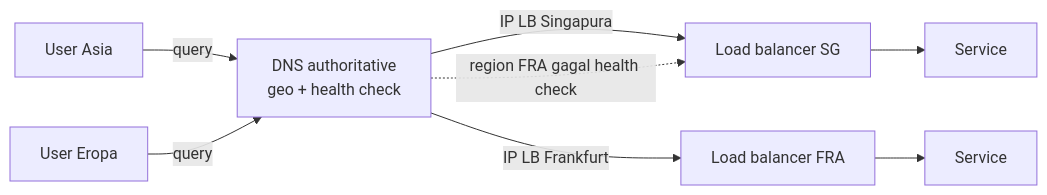
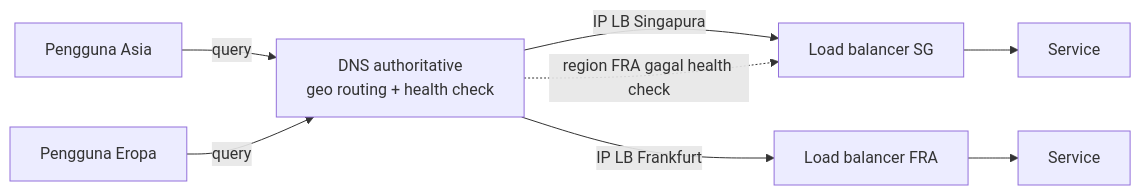
Before and after one commit to andreanpradanaa/sysdesign-lab: the second of 2 diagrams in src/content/lessons/bagian-2/dns.mdx, drawn with Mermaid. The commit also changed other lines of this file and 18 other files, not shown here.

````diff
--- a/src/content/lessons/bagian-2/dns.mdx
+++ b/src/content/lessons/bagian-2/dns.mdx
@@ -149,10 +149,10 @@
 ```mermaid
 flowchart LR
-  U1[User Asia] -->|query| D[DNS authoritative\ngeo + health check]
-  U2[User Eropa] -->|query| D
+  U1[Pengguna Asia] -->|query| D["DNS authoritative\ngeo routing + health check"]
+  U2[Pengguna Eropa] -->|query| D
   D -->|IP LB Singapura| LB1[Load balancer SG]
   D -->|IP LB Frankfurt| LB2[Load balancer FRA]
   LB1 --> S1[Service]
   LB2 --> S2[Service]
   D -. region FRA gagal health check .-> LB1
 ```
````
